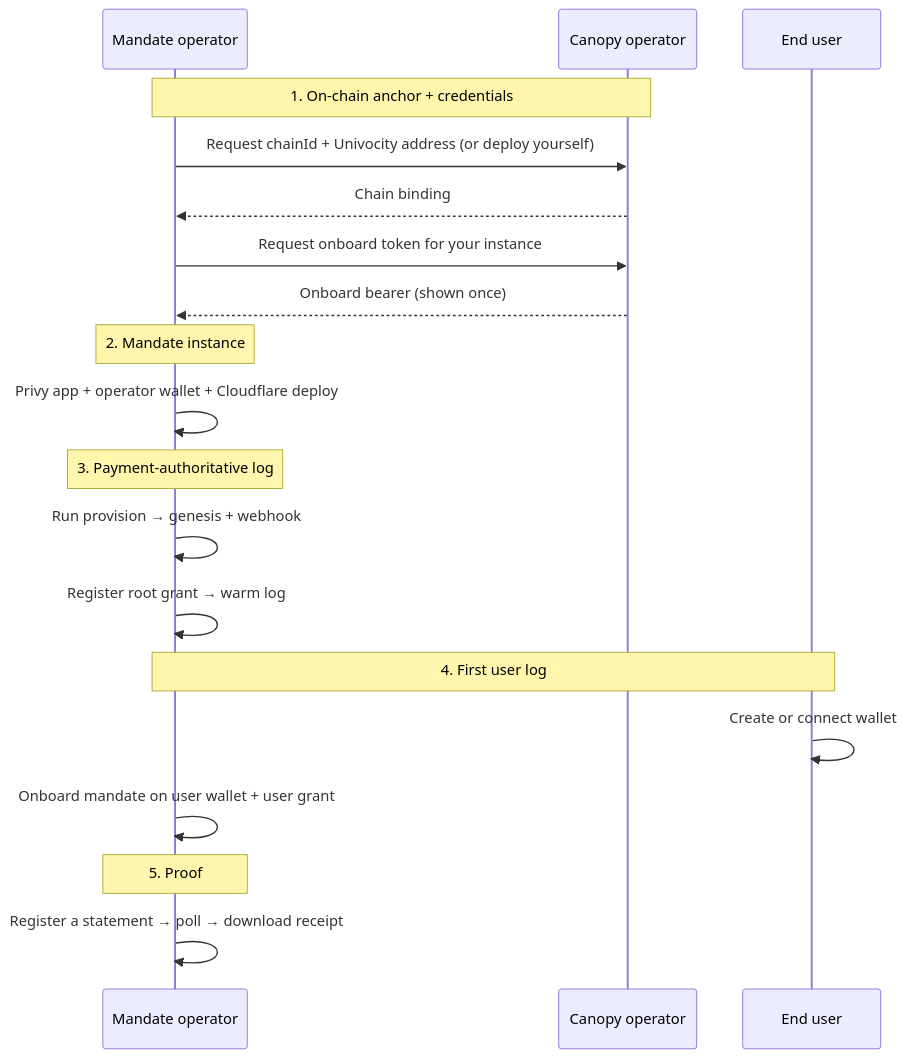
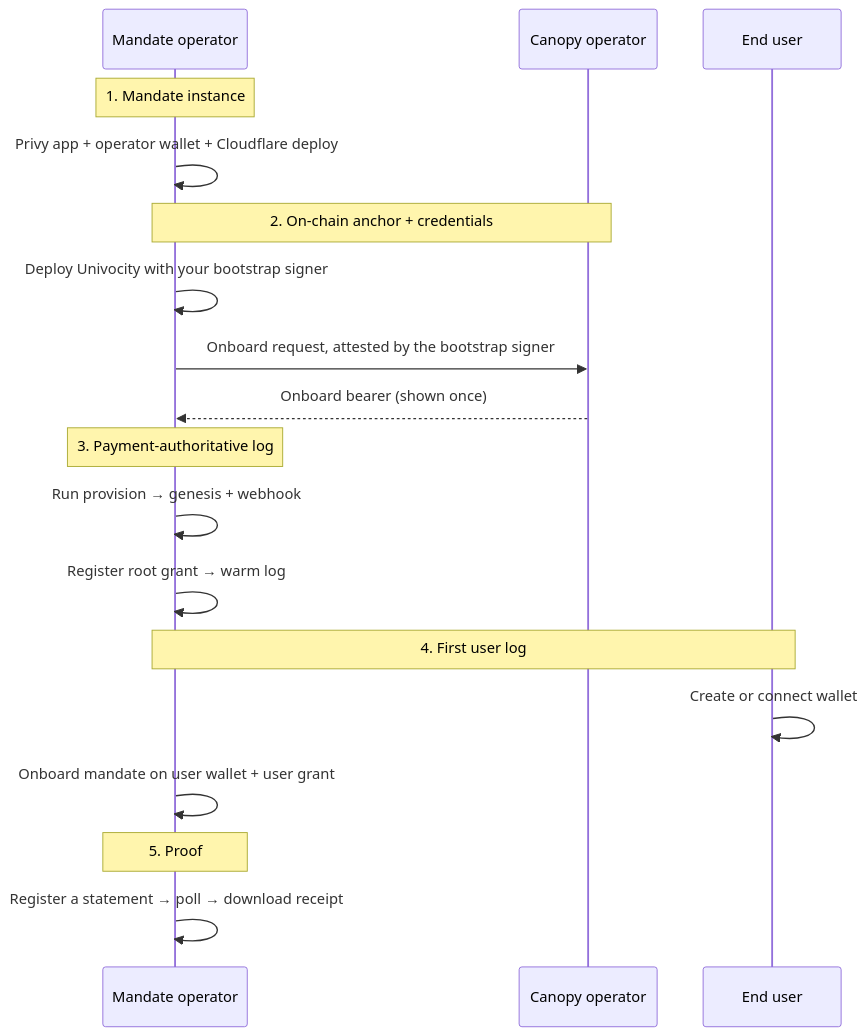
The first of 9 diagrams in FORKING.md (forestrie/mandate), drawn with Mermaid before and after one commit. The commit also changed other lines of this file, not shown here.

First line of the commit message:
Put the bootstrap key first in the fork runbook (FOR-709) (#110)

````diff
--- a/FORKING.md
+++ b/FORKING.md
@@ -21,26 +21,25 @@
 ```mermaid
 sequenceDiagram
     participant M as Mandate operator
     participant C as Canopy operator
     participant U as End user
 
-    Note over M,C: 1. On-chain anchor + credentials
-    M->>C: Request chainId + Univocity address (or deploy yourself)
-    C-->>M: Chain binding
-    M->>C: Request onboard token for your instance
+    Note over M: 1. Mandate instance
+    M->>M: Privy app + operator wallet + Cloudflare deploy
+
+    Note over M,C: 2. On-chain anchor + credentials
+    M->>M: Deploy Univocity with your bootstrap signer
+    M->>C: Onboard request, attested by the bootstrap signer
     C-->>M: Onboard bearer (shown once)
-
-    Note over M: 2. Mandate instance
-    M->>M: Privy app + operator wallet + Cloudflare deploy
 
     Note over M: 3. Payment-authoritative log
     M->>M: Run provision → genesis + webhook
     M->>M: Register root grant → warm log
 
     Note over M,U: 4. First user log
     U->>U: Create or connect wallet
     M->>M: Onboard mandate on user wallet + user grant
 
     Note over M: 5. Proof
     M->>M: Register a statement → poll → download receipt
 ```
````
